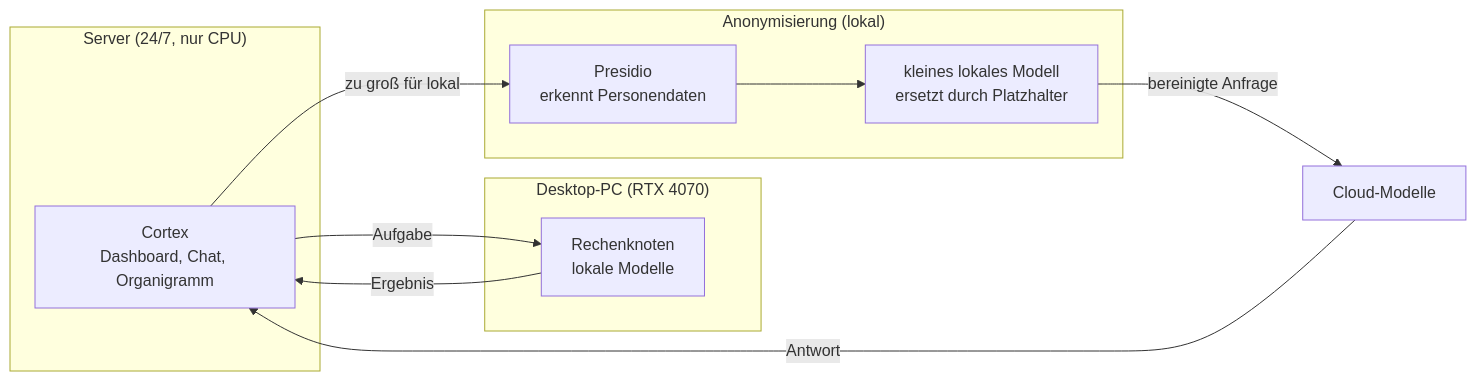
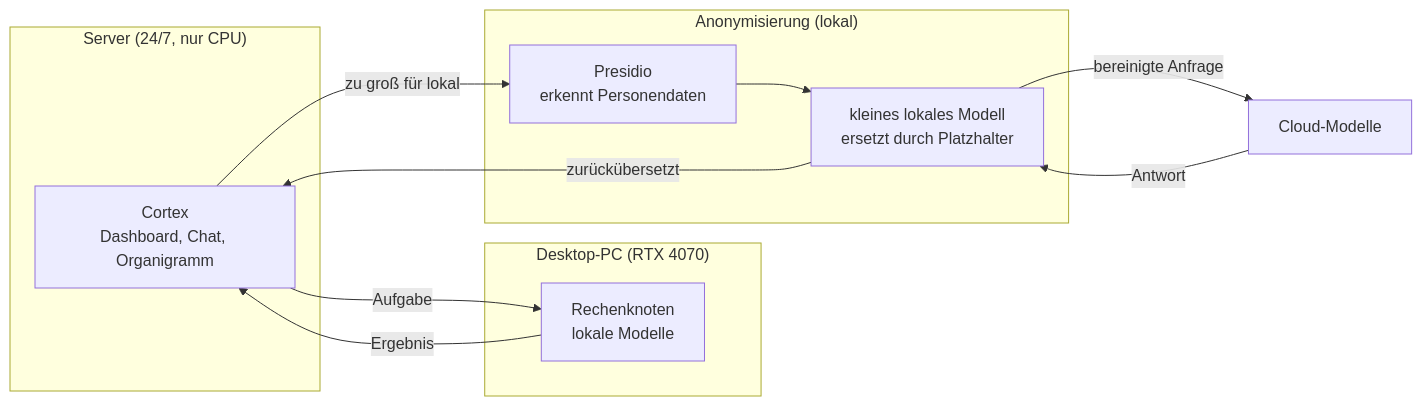
Before and after one commit to VugasDev/portfolio: the second of 3 diagrams in src/content/blog/ki-setup-drei-anlaeufe.md, drawn with Mermaid. The commit also changed other lines of this file and 1 other file, not shown here.

````diff
--- a/src/content/blog/ki-setup-drei-anlaeufe.md
+++ b/src/content/blog/ki-setup-drei-anlaeufe.md
@@ -84,18 +86,19 @@
 ```mermaid
 flowchart LR
   subgraph S["Server (24/7, nur CPU)"]
     CX["Cortex<br/>Dashboard, Chat, Organigramm"]
   end
   subgraph P["Desktop-PC (RTX 4070)"]
     N["Rechenknoten<br/>lokale Modelle"]
   end
   subgraph AN["Anonymisierung (lokal)"]
     PR["Presidio<br/>erkennt Personendaten"] --> LL["kleines lokales Modell<br/>ersetzt durch Platzhalter"]
   end
   CL["Cloud-Modelle"]
   CX -->|"Aufgabe"| N
   N -->|"Ergebnis"| CX
   CX -->|"zu groß für lokal"| PR
   LL -->|"bereinigte Anfrage"| CL
-  CL -->|"Antwort"| CX
+  CL -->|"Antwort"| LL
+  LL -->|"zurückübersetzt"| CX
 ```
````
